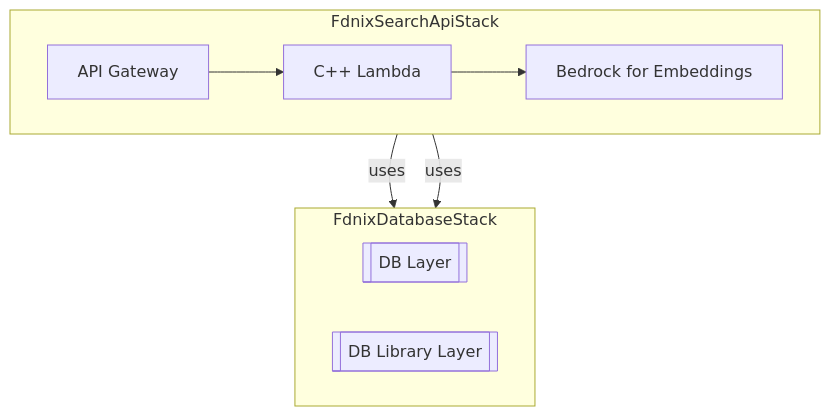
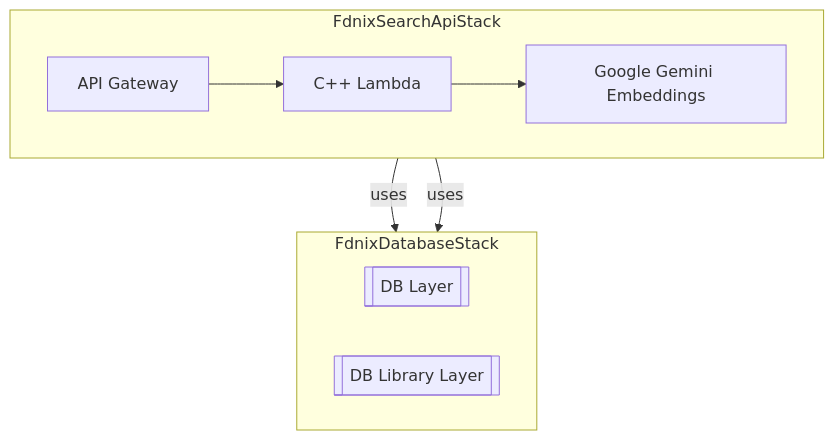
Before and after one commit to james-ralph8555/fdnix: the third of 4 diagrams in packages/cdk/README.md, drawn with Mermaid. The commit also changed other lines of this file and 18 other files, not shown here.

Commit message:
migrated to gemini embeddings

````diff
--- a/packages/cdk/README.md
+++ b/packages/cdk/README.md
@@ -91,17 +91,17 @@
 ```mermaid
 graph TD
     subgraph "FdnixSearchApiStack"
         direction LR
         api[API Gateway] --> lambda[C++ Lambda]
-        lambda --> bedrock[Bedrock for Embeddings]
+        lambda --> gemini[Google Gemini Embeddings]
     end
 
     subgraph "FdnixDatabaseStack"
         direction LR
         db_layer[[DB Layer]]
         db_lib_layer[[DB Library Layer]]
     end
 
     lambda -- uses --> db_layer
     lambda -- uses --> db_lib_layer
 ```
````
